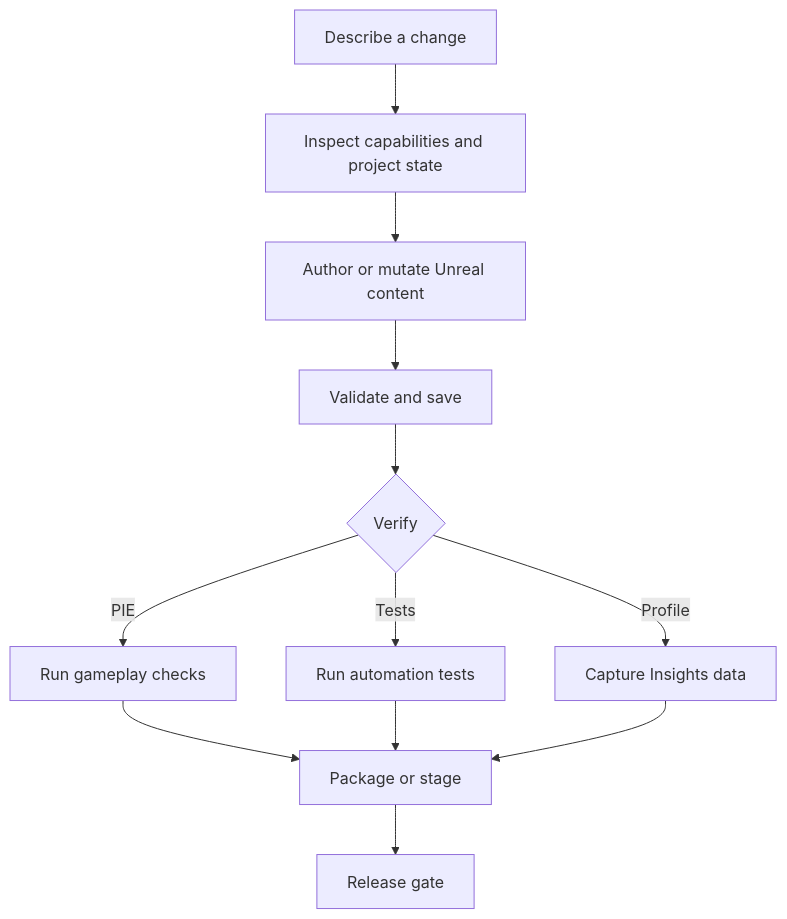
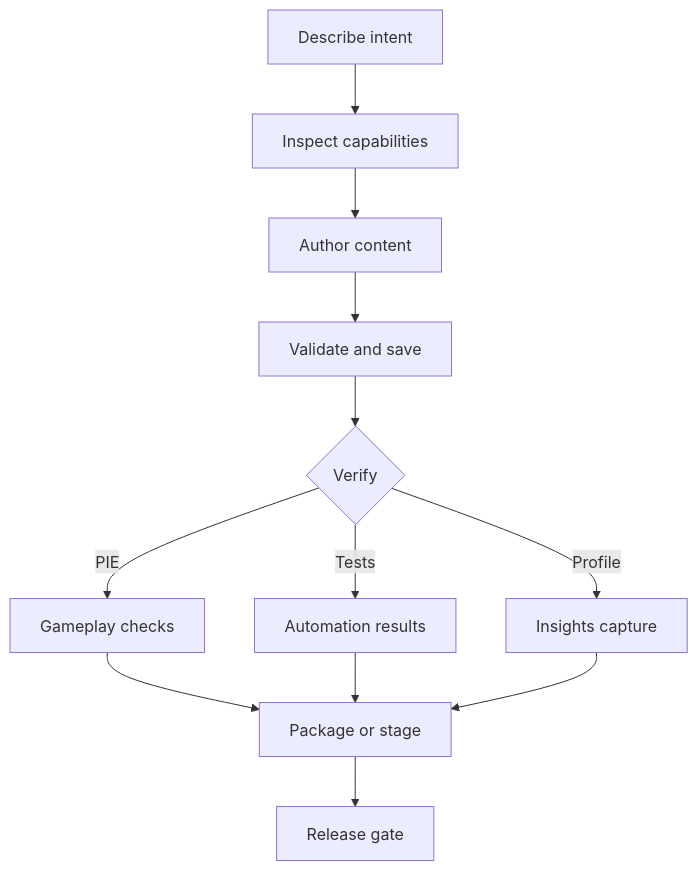
One commit to ADH36/NebulaForge changed the second of 2 diagrams in README.md. Above: the diagram before and after it, drawn with Mermaid. The commit also changed other lines of this file, not shown here.

Commit message:
feat(readme): update project description and layout for clarity

```diff
--- a/README.md
+++ b/README.md
@@ -483,14 +313,14 @@
 ~~~mermaid
 flowchart TD
-    A[Describe a change] --> B[Inspect capabilities and project state]
-    B --> C[Author or mutate Unreal content]
+    A[Describe intent] --> B[Inspect capabilities]
+    B --> C[Author content]
     C --> D[Validate and save]
     D --> E{Verify}
-    E -->|PIE| F[Run gameplay checks]
-    E -->|Tests| G[Run automation tests]
-    E -->|Profile| H[Capture Insights data]
+    E -->|PIE| F[Gameplay checks]
+    E -->|Tests| G[Automation results]
+    E -->|Profile| H[Insights capture]
     F --> I[Package or stage]
     G --> I
     H --> I
     I --> J[Release gate]
 ~~~
```
